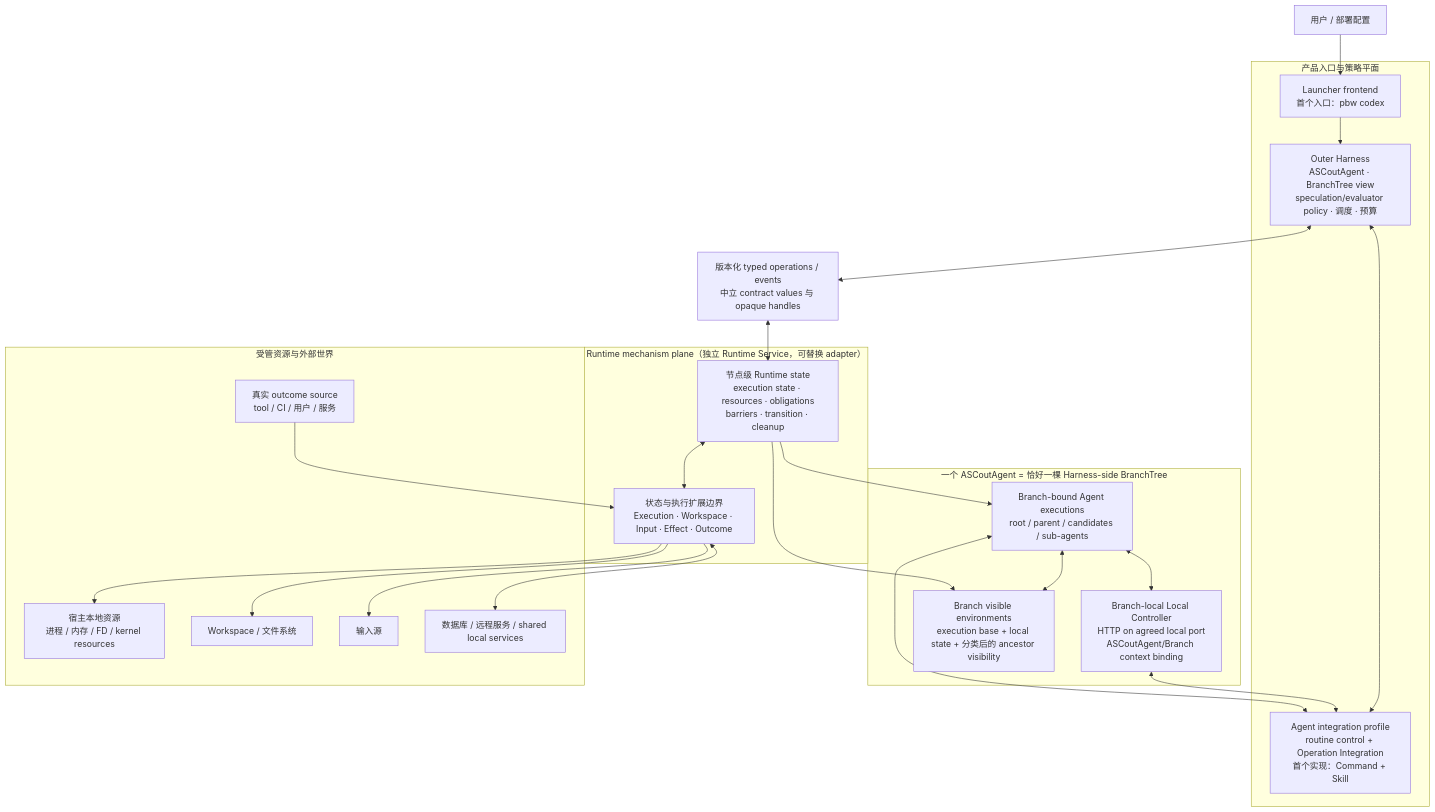
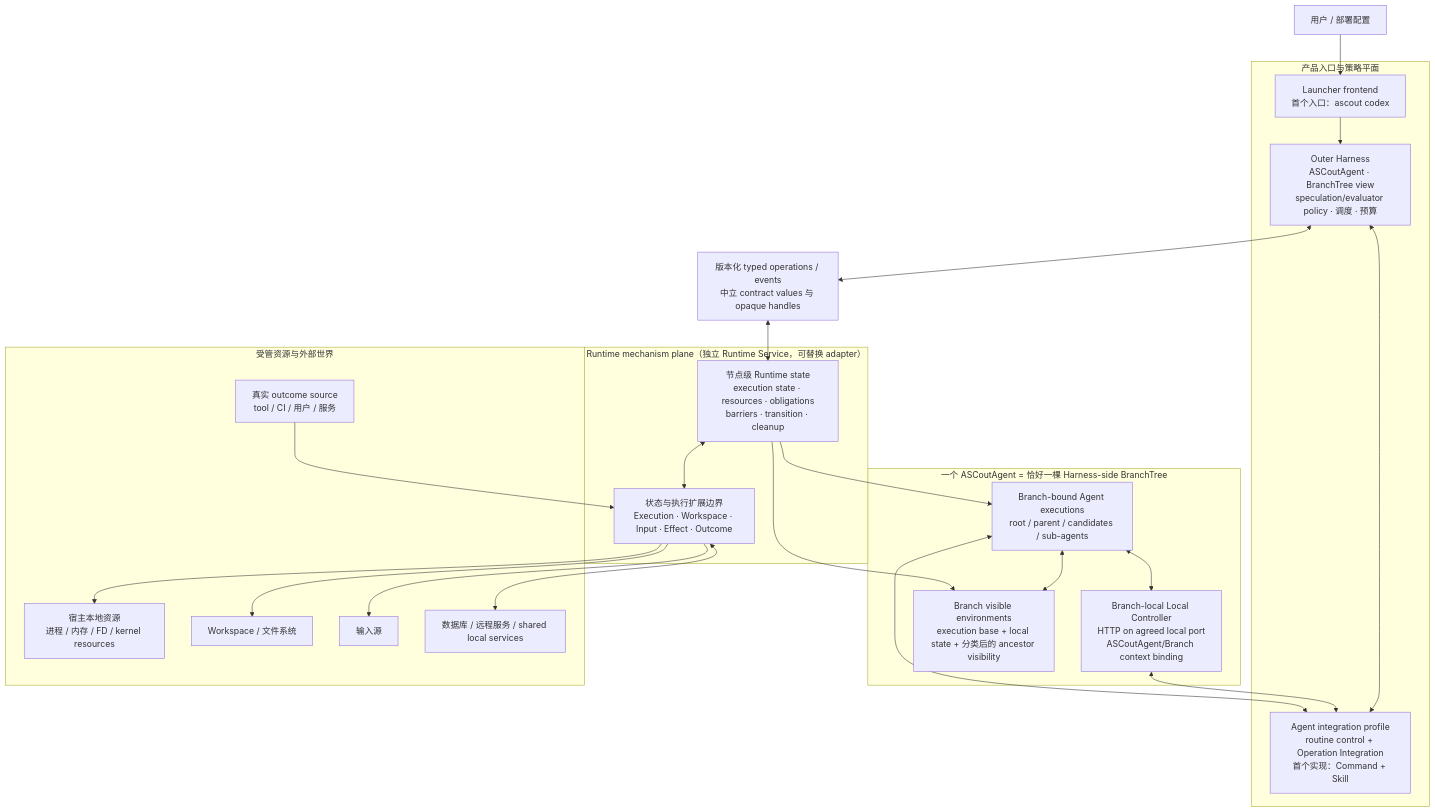
Before and after one commit to bettermultiply/AgentScout: the first of 5 diagrams in docs/architecture.md, drawn with Mermaid. The commit also changed other lines of this file and 14 other files, not shown here.

First line of the commit message:
术语收敛与清理：pbw 全量改名 ascout、废弃 skeleton crate 拓扑、收敛 target initialization

````diff
--- a/docs/architecture.md
+++ b/docs/architecture.md
@@ -15,49 +15,49 @@
 ```mermaid
 flowchart TB
     USER["用户 / 部署配置"]
 
     subgraph PRODUCT["产品入口与策略平面"]
-        FRONTEND["Launcher frontend<br/>首个入口：pbw codex"]
+        FRONTEND["Launcher frontend<br/>首个入口：ascout codex"]
         HARNESS["Outer Harness<br/>ASCoutAgent · BranchTree view<br/>speculation/evaluator policy · 调度 · 预算"]
         INTEGRATION["Agent integration profile<br/>routine control + Operation Integration<br/>首个实现：Command + Skill"]
     end
 
     BOUNDARY["版本化 typed operations / events<br/>中立 contract values 与 opaque handles"]
 
     subgraph RUNTIME["Runtime mechanism plane（独立 Runtime Service，可替换 adapter）"]
         CORE["节点级 Runtime state<br/>execution state · resources · obligations<br/>barriers · transition · cleanup"]
         BACKENDS["状态与执行扩展边界<br/>Execution · Workspace · Input · Effect · Outcome"]
     end
 
     subgraph MANAGED["一个 ASCoutAgent = 恰好一棵 Harness-side BranchTree"]
         AGENTS["Branch-bound Agent executions<br/>root / parent / candidates / sub-agents"]
         LOCAL_CONTROLLER["Branch-local Local Controller<br/>HTTP on agreed local port<br/>ASCoutAgent/Branch context binding"]
         WORLDS["Branch visible environments<br/>execution base + local state + 分类后的 ancestor visibility"]
     end
 
     subgraph RESOURCES["受管资源与外部世界"]
         LOCAL["宿主本地资源<br/>进程 / 内存 / FD / kernel resources"]
         FILES["Workspace / 文件系统"]
         INPUTS["输入源"]
         SERVICES["数据库 / 远程服务 / shared local services"]
         SOURCES["真实 outcome source<br/>tool / CI / 用户 / 服务"]
     end
 
     USER --> FRONTEND
     FRONTEND --> HARNESS
     AGENTS <--> INTEGRATION
     INTEGRATION <--> HARNESS
     HARNESS <--> BOUNDARY
     BOUNDARY <--> CORE
     CORE <--> BACKENDS
     CORE --> AGENTS
     CORE --> WORLDS
     AGENTS <--> LOCAL_CONTROLLER
     LOCAL_CONTROLLER <--> INTEGRATION
     AGENTS <--> WORLDS
     BACKENDS --> LOCAL
     BACKENDS --> FILES
     BACKENDS --> INPUTS
     BACKENDS <--> SERVICES
     SOURCES --> BACKENDS
 ```
````
